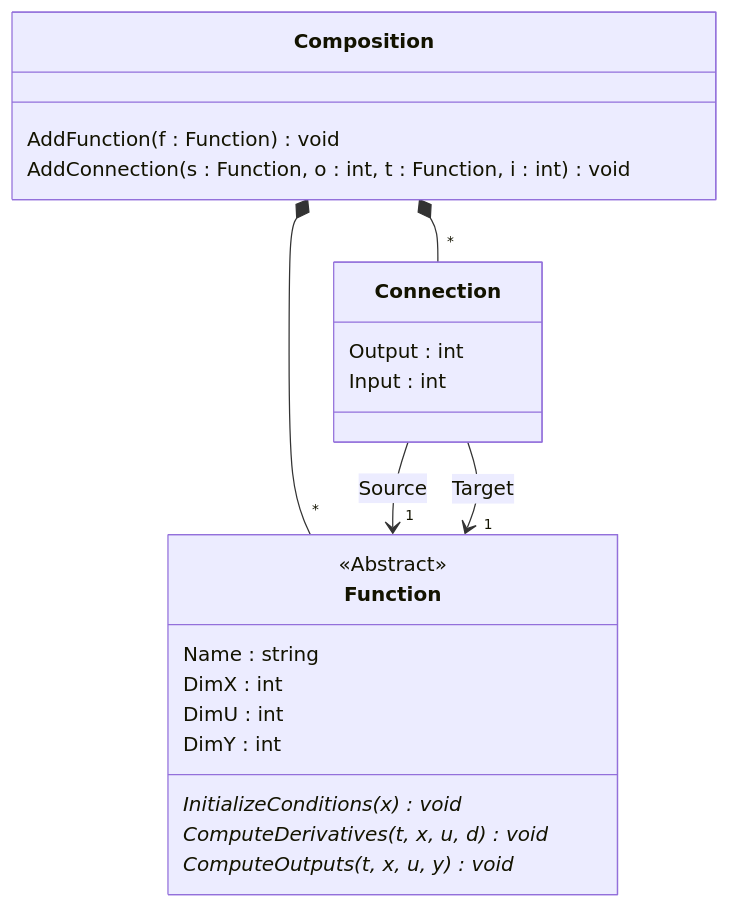
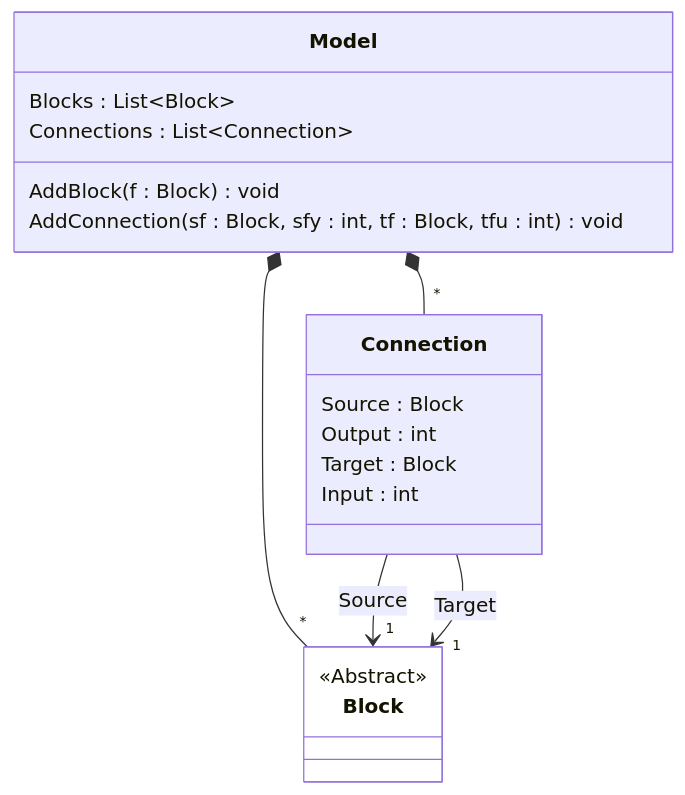
The diagram in Quellen/WS25/SFunctionContinuous/Model.mmd (ghackenberg/kurs-computer-simulation), drawn with Mermaid before and after one commit. The commit also changed 20 other files, not shown here.

Commit message:
revise mermaid diagrams for continous s model example

```diff
--- a/Quellen/WS25/SFunctionContinuous/Model.mmd
+++ b/Quellen/WS25/SFunctionContinuous/Model.mmd
@@ -1,31 +1,27 @@
 classDiagram
 
-    class Function {
-        <<Abstract>>
-
-        Name : string
-
-        DimX : int
-        DimU : int
-        DimY : int
-
-        InitializeConditions(x) void*
-        ComputeDerivatives(t, x, u, d) void*
-        ComputeOutputs(t, x, u, y) void*
-    }
-
     class Connection {
+        Source : Block
         Output : int
+        Target : Block
         Input : int
     }
 
-    class Composition {
-        AddFunction(f : Function) void
-        AddConnection(s : Function, o : int, t : Function, i : int) void
+    class Model {
+        Blocks : List~Block~
+        Connections : List~Connection~
+        AddBlock(f : Block) void
+        AddConnection(sf : Block, sfy : int, tf : Block, tfu : int) void
     }
 
-    Composition *-- "*" Function
-    Composition *-- "*" Connection
+    class Block {
+        <<Abstract>>
+    }
 
-    Connection --> "1" Function: Source
-    Connection --> "1" Function: Target
+    Model *-- "*" Block
+    Model *-- "*" Connection
+
+    Connection --> "1" Block: Source
+    Connection --> "1" Block: Target
+
+    style Block fill:white
```
